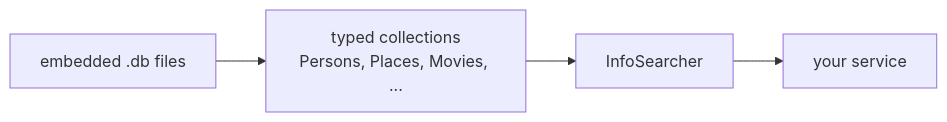
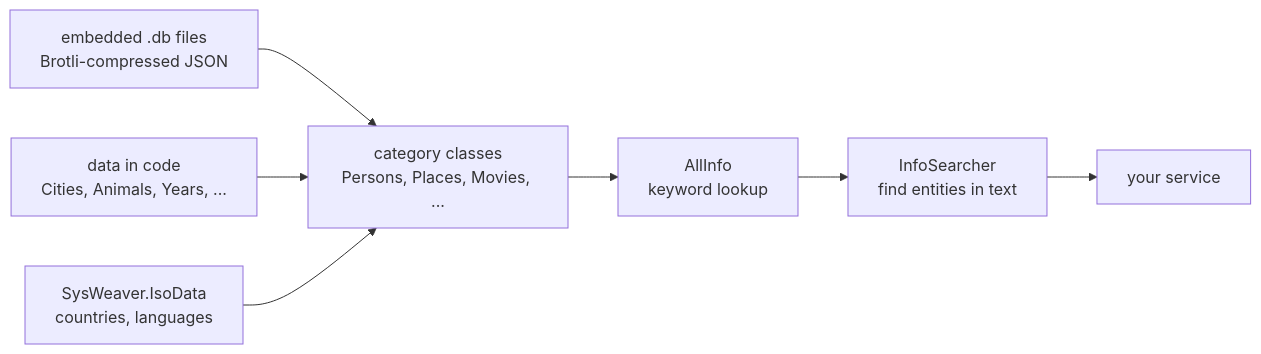
Before and after one commit to dosh1974/SysWeaver: the diagram in SysWeaver.Knowledge/README.md, drawn with Mermaid. The commit also changed other lines of this file and 532 other files, not shown here.

````diff
--- a/SysWeaver.Knowledge/README.md
+++ b/SysWeaver.Knowledge/README.md
@@ -18,6 +18,9 @@
 ```mermaid
 flowchart LR
-  DB["embedded .db files"] --> Load["typed collections<br/>Persons, Places, Movies, ..."]
-  Load --> Search["InfoSearcher"]
+  DB["embedded .db files<br/>Brotli-compressed JSON"] --> Load["category classes<br/>Persons, Places, Movies, ..."]
+  Code["data in code<br/>Cities, Animals, Years, ..."] --> Load
+  Iso["SysWeaver.IsoData<br/>countries, languages"] --> Load
+  Load --> All["AllInfo<br/>keyword lookup"]
+  All --> Search["InfoSearcher<br/>find entities in text"]
   Search --> Consumer["your service"]
 ```
````
